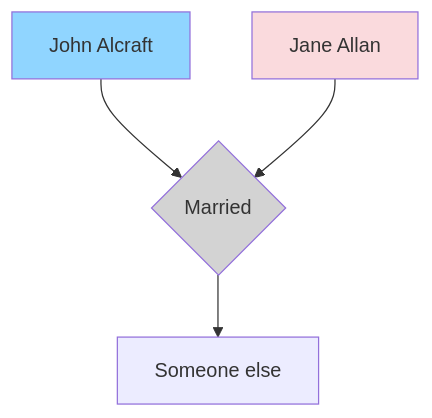
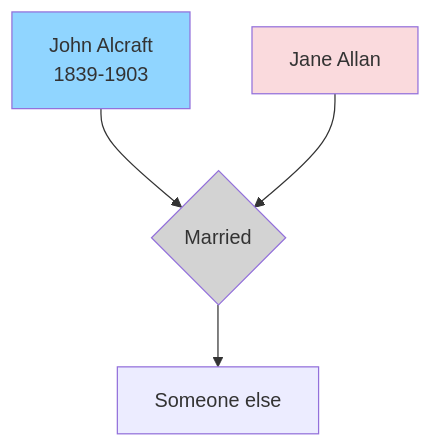
The diagram in docs/index.md (RachelAlcraft/family-tree), drawn with Mermaid before and after one commit.

````diff
--- a/docs/index.md
+++ b/docs/index.md
@@ -6,13 +6,13 @@
 ``` mermaid
 flowchart TD  
-JA1[John Alcraft] --> JAJA{Married};
+JA1[John Alcraft\n1839-1903] --> JAJA{Married\n1864};
 JA2[Jane Allan] --> JAJA{Married};  
 JAJA -->D[Someone else];  
 style JAJA fill:#D3D3D3
 style JA1 fill:#90d5ff
 click JA1 "jones" "JA2"
 style JA2 fill:#FADADD
 click JA2 "jones" "JA1"
 
 
 ```
````
